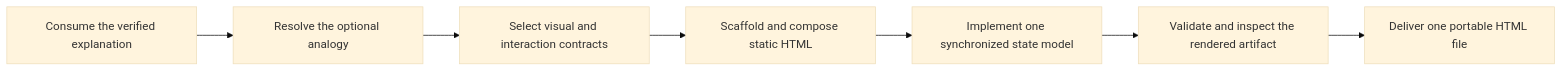
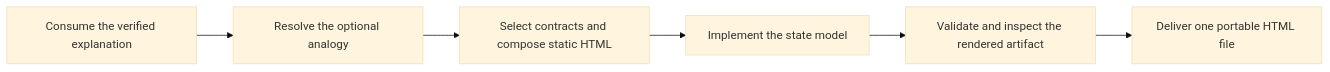
Before and after one commit to fam-tung-lam/ptlam-agent-plugin: the diagram in plugin/skills/ptlam-visualization-with-html/SKILL.md, drawn with Mermaid (base theme). The commit also changed other lines of this file and 66 other files, not shown here.

````diff
--- a/plugin/skills/ptlam-visualization-with-html/SKILL.md
+++ b/plugin/skills/ptlam-visualization-with-html/SKILL.md
@@ -12,9 +16,8 @@
 ```mermaid
 flowchart LR
     A[Consume the verified explanation] --> B[Resolve the optional analogy]
-    B --> C[Select visual and interaction contracts]
-    C --> D[Scaffold and compose static HTML]
-    D --> E[Implement one synchronized state model]
-    E --> F[Validate and inspect the rendered artifact]
-    F --> G[Deliver one portable HTML file]
+    B --> C[Select contracts and compose static HTML]
+    C --> D[Implement the state model]
+    D --> E[Validate and inspect the rendered artifact]
+    E --> F[Deliver one portable HTML file]
 ```
````
